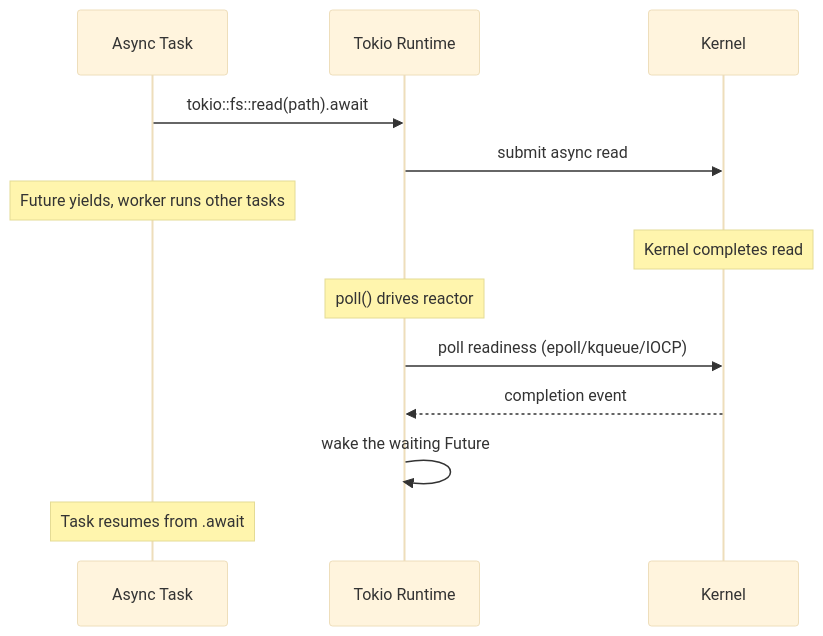
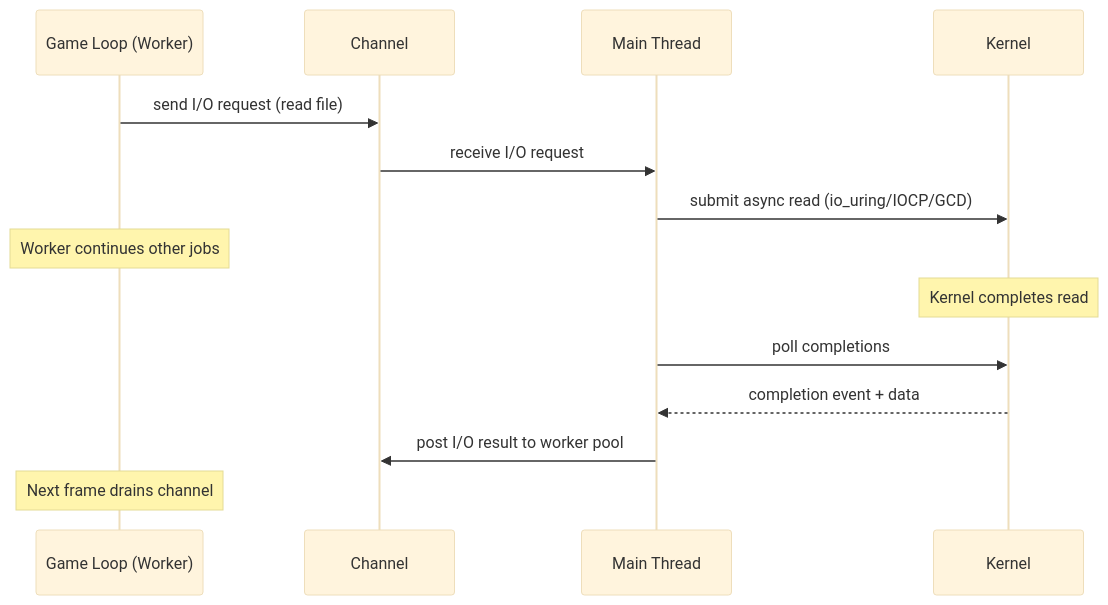
Before and after one commit to harmonius-dev/harmonius: the third of 6 diagrams in docs/design/platform/threading.md, drawn with Mermaid (base theme). The commit also changed other lines of this file and 174 other files, not shown here.

````diff
--- a/docs/design/platform/threading.md
+++ b/docs/design/platform/threading.md
@@ -165,18 +165,19 @@
 ```mermaid
 sequenceDiagram
-    participant T as Async Task
-    participant TK as Tokio Runtime
+    participant GL as Game Loop (Worker)
+    participant CH as Channel
+    participant MT as Main Thread
     participant OS as Kernel
 
-    T->>TK: tokio::fs::read(path).await
-    TK->>OS: submit async read
-    Note over T: Future yields, worker runs other tasks
+    GL->>CH: send I/O request (read file)
+    CH->>MT: receive I/O request
+    MT->>OS: submit async read (io_uring/IOCP/GCD)
+    Note over GL: Worker continues other jobs
 
     Note over OS: Kernel completes read
 
-    Note over TK: poll() drives reactor
-    TK->>OS: poll readiness (epoll/kqueue/IOCP)
-    OS-->>TK: completion event
-    TK->>TK: wake the waiting Future
-    Note over T: Task resumes from .await
+    MT->>OS: poll completions
+    OS-->>MT: completion event + data
+    MT->>CH: post I/O result to worker pool
+    Note over GL: Next frame drains channel
 ```
````
